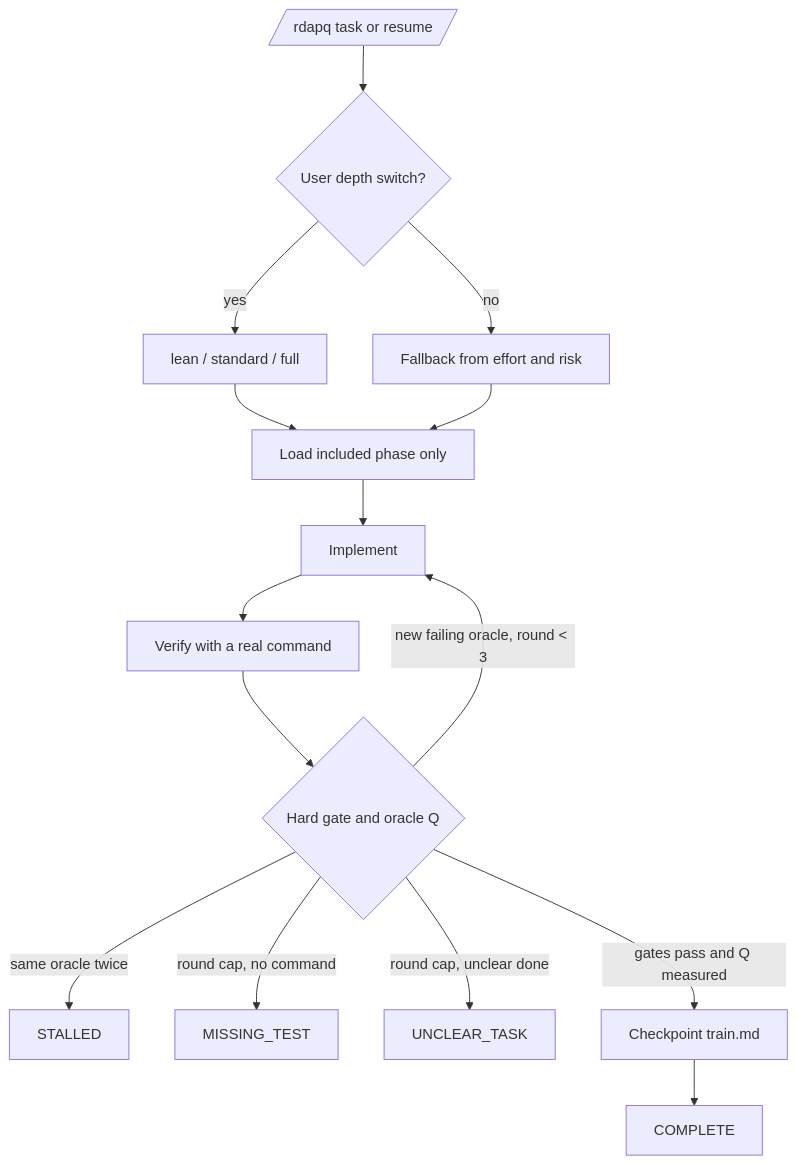
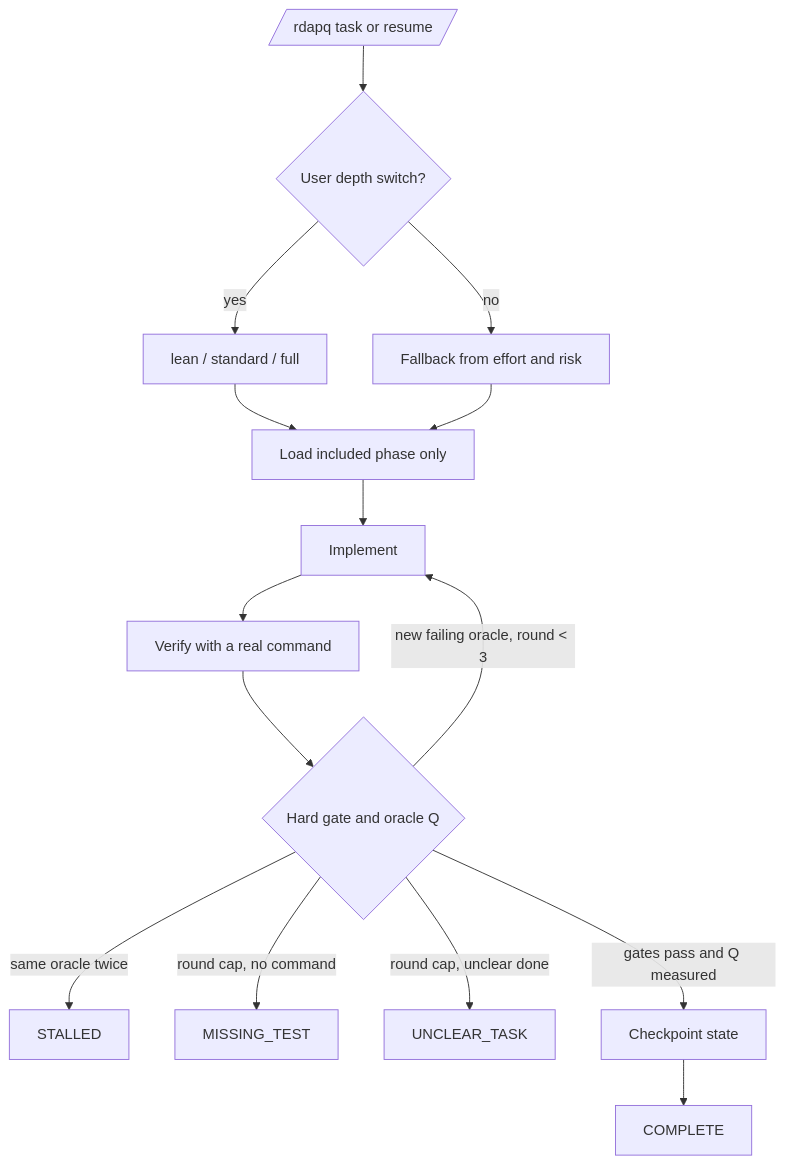
One commit to coldcanuk/rdapq changed the diagram in rdap-q-skill/diagrams/rdapq-control-loop.mmd. Above: the diagram before and after it, drawn with Mermaid. The commit also changed 8 other files, not shown here.

```diff
--- a/rdap-q-skill/diagrams/rdapq-control-loop.mmd
+++ b/rdap-q-skill/diagrams/rdapq-control-loop.mmd
@@ -1,15 +1,15 @@
 flowchart TD
     A[/rdapq task or resume/] --> D{User depth switch?}
     D -- yes --> E[lean / standard / full]
     D -- no --> F[Fallback from effort and risk]
     E --> G[Load included phase only]
     F --> G
     G --> H[Implement]
     H --> I[Verify with a real command]
     I --> J{Hard gate and oracle Q}
     J -- new failing oracle, round < 3 --> H
     J -- same oracle twice --> K[STALLED]
     J -- round cap, no command --> L[MISSING_TEST]
     J -- round cap, unclear done --> M[UNCLEAR_TASK]
-    J -- gates pass and Q measured --> N[Checkpoint train.md]
+    J -- gates pass and Q measured --> N[Checkpoint state]
     N --> O[COMPLETE]
```
